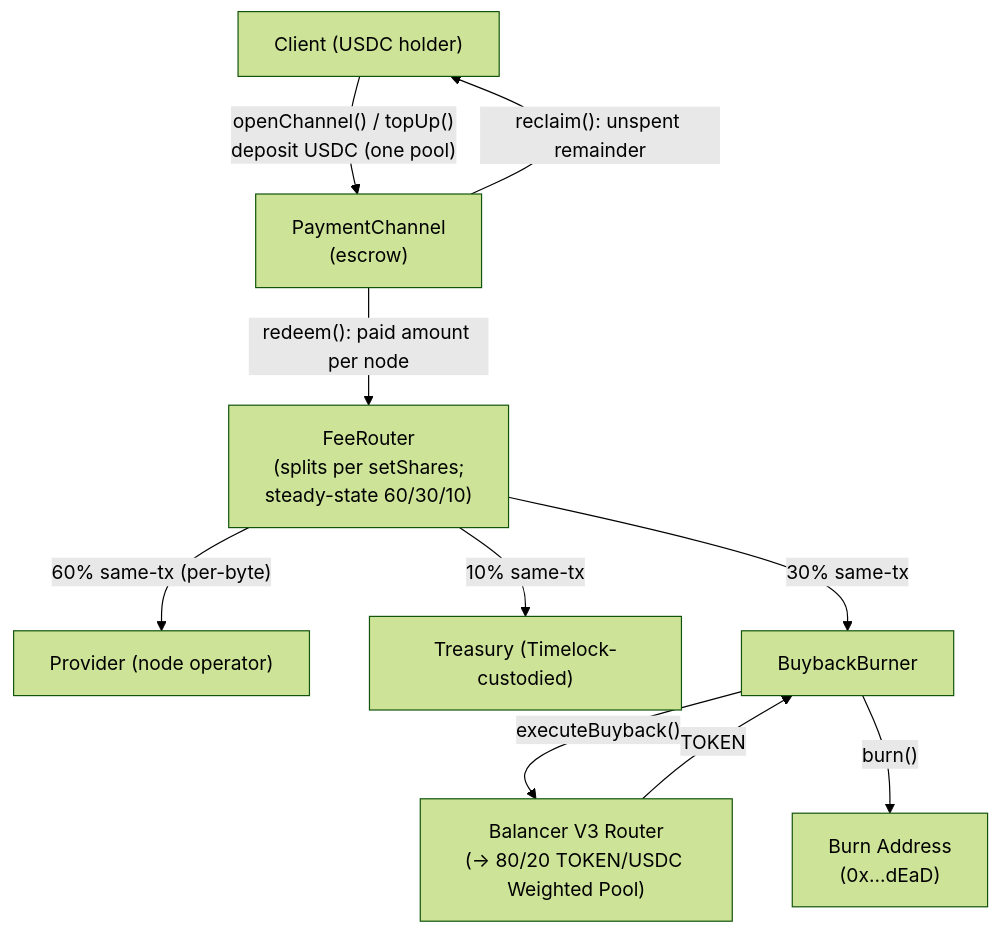
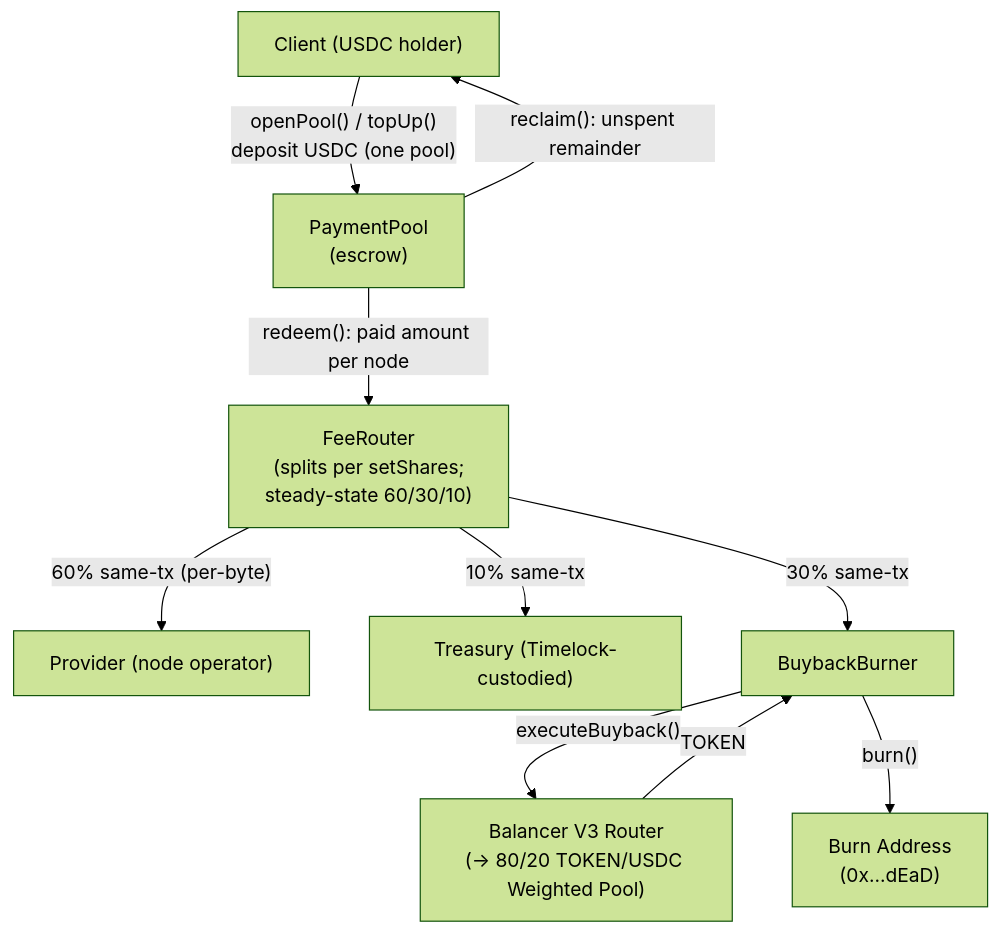
The fourth of 5 diagrams in adr/016-contract-interactions.md (decdn/decdn), drawn with Mermaid (forest theme) before and after one commit. The commit also changed other lines of this file and 26 other files, not shown here.

First line of the commit message:
docs(adr): rename PaymentChannel→PaymentPool, retire pool expiry

````diff
--- a/adr/016-contract-interactions.md
+++ b/adr/016-contract-interactions.md
@@ -533,21 +533,21 @@
 ```mermaid
 flowchart TD
     Client["Client (USDC holder)"]
-    PC["PaymentChannel<br/>(escrow)"]
+    PC["PaymentPool<br/>(escrow)"]
     FR["FeeRouter<br/>(splits per setShares;<br/>steady-state 60/30/10)"]
     Provider["Provider (node operator)"]
     Treasury["Treasury (Timelock-custodied)"]
     BB["BuybackBurner"]
     BAL["Balancer V3 Router<br/>(→ 80/20 TOKEN/USDC Weighted Pool)"]
     BURN["Burn Address<br/>(0x...dEaD)"]
 
-    Client -->|"openChannel() / topUp()<br/>deposit USDC (one pool)"| PC
+    Client -->|"openPool() / topUp()<br/>deposit USDC (one pool)"| PC
     PC -->|"redeem(): paid amount per node"| FR
     PC -->|"reclaim(): unspent remainder"| Client
     FR -->|"60% same-tx (per-byte)"| Provider
     FR -->|"30% same-tx"| BB
     FR -->|"10% same-tx"| Treasury
     BB -->|"executeBuyback()"| BAL
     BAL -->|"TOKEN"| BB
     BB -->|"burn()"| BURN
 ```
````
